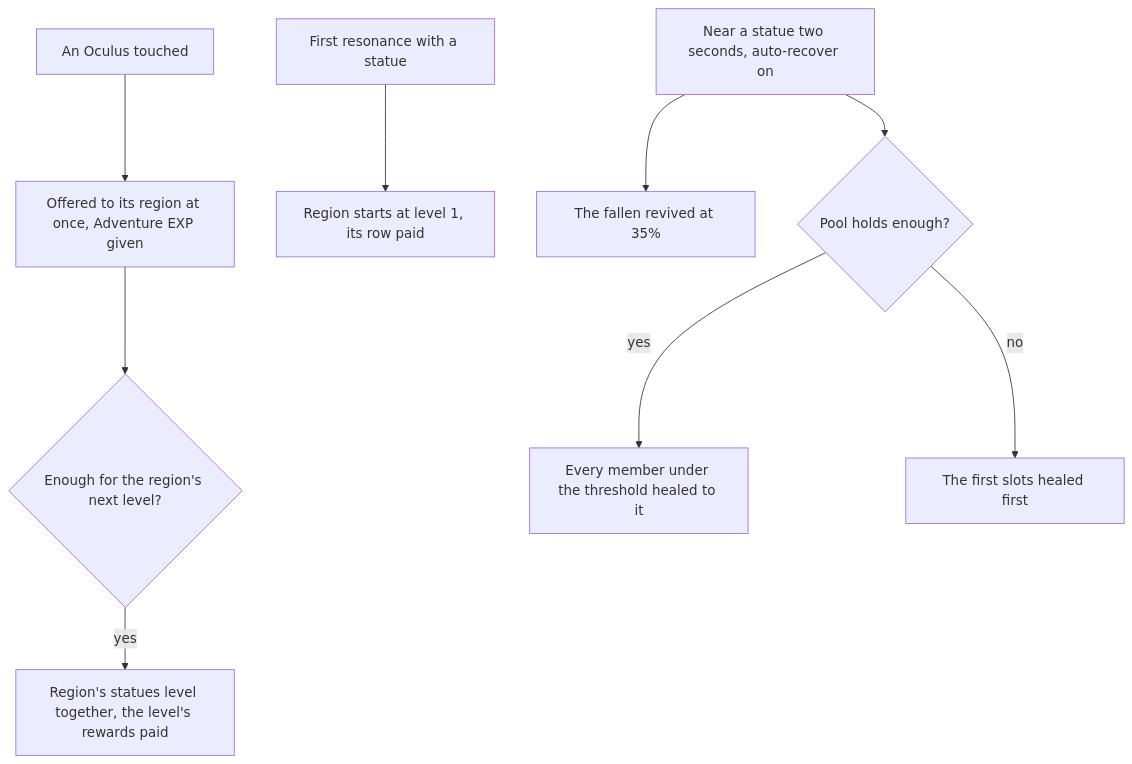
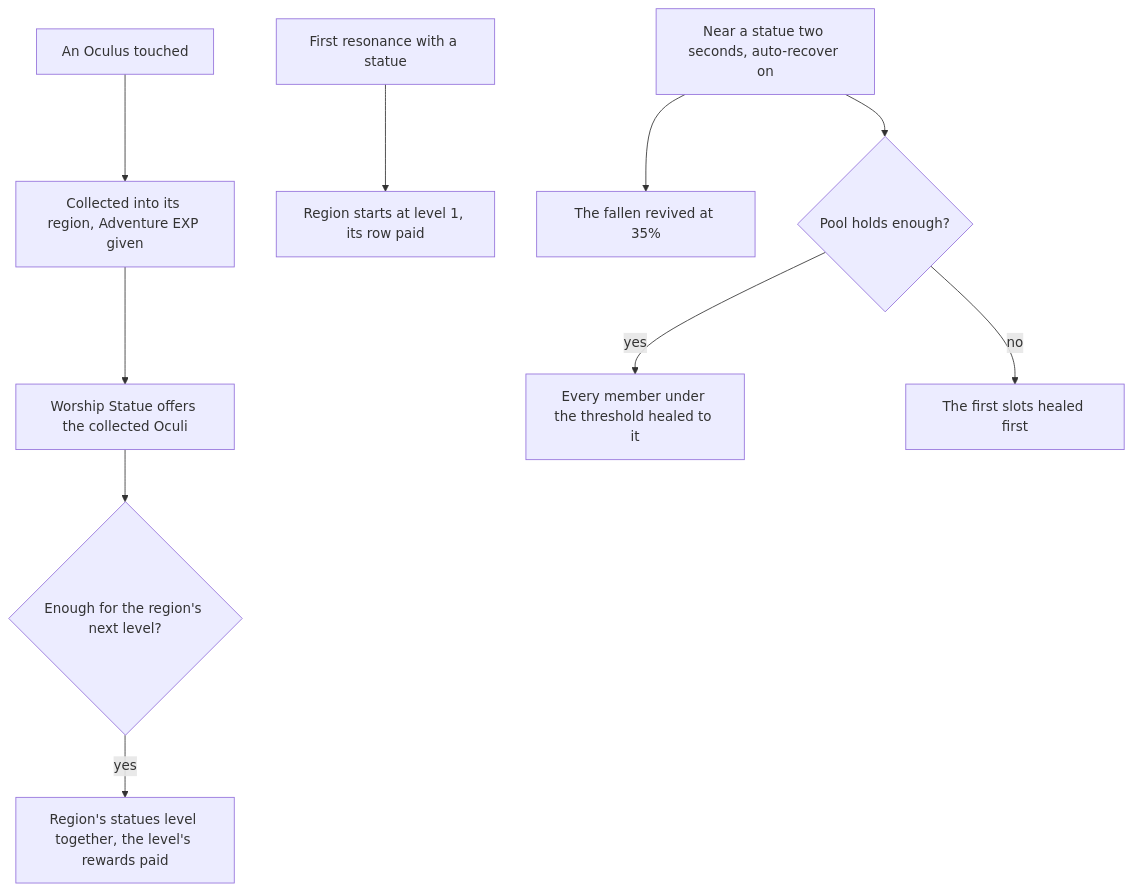
The diagram in openspec/changes/genshin-statues-of-the-seven/design.md (Esposter/Esposter), drawn with Mermaid before and after one commit. The commit also changed other lines of this file and 29 other files, not shown here.

````diff
--- a/openspec/changes/genshin-statues-of-the-seven/design.md
+++ b/openspec/changes/genshin-statues-of-the-seven/design.md
@@ -22,11 +23,12 @@
 ```mermaid
 flowchart TD
-  OCULUS["An Oculus touched"] --> HELD["Offered to its region at once, Adventure EXP given"]
-  HELD --> OFFER{"Enough for the region's next level?"}
+  OCULUS["An Oculus touched"] --> HELD["Collected into its region, Adventure EXP given"]
+  HELD --> WORSHIP["Worship Statue offers the collected Oculi"]
+  WORSHIP --> OFFER{"Enough for the region's next level?"}
   OFFER -->|"yes"| LEVEL["Region's statues level together, the level's rewards paid"]
   STATUE["First resonance with a statue"] --> START["Region starts at level 1, its row paid"]
   NEAR["Near a statue two seconds, auto-recover on"] --> REVIVE["The fallen revived at 35%"]
   NEAR --> HEAL{"Pool holds enough?"}
   HEAL -->|"yes"| FULL["Every member under the threshold healed to it"]
   HEAL -->|"no"| PART["The first slots healed first"]
 ```
````
